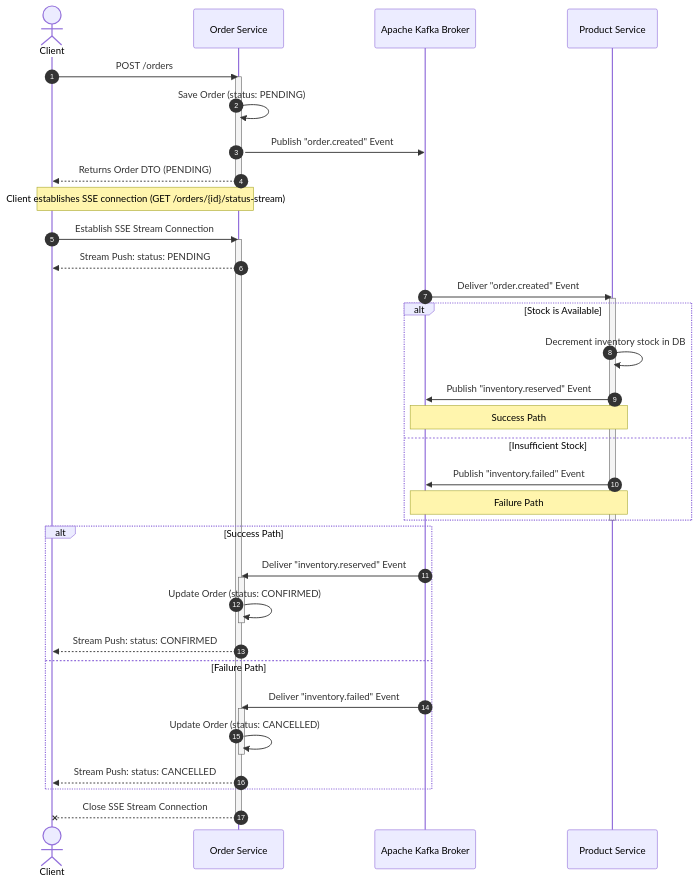
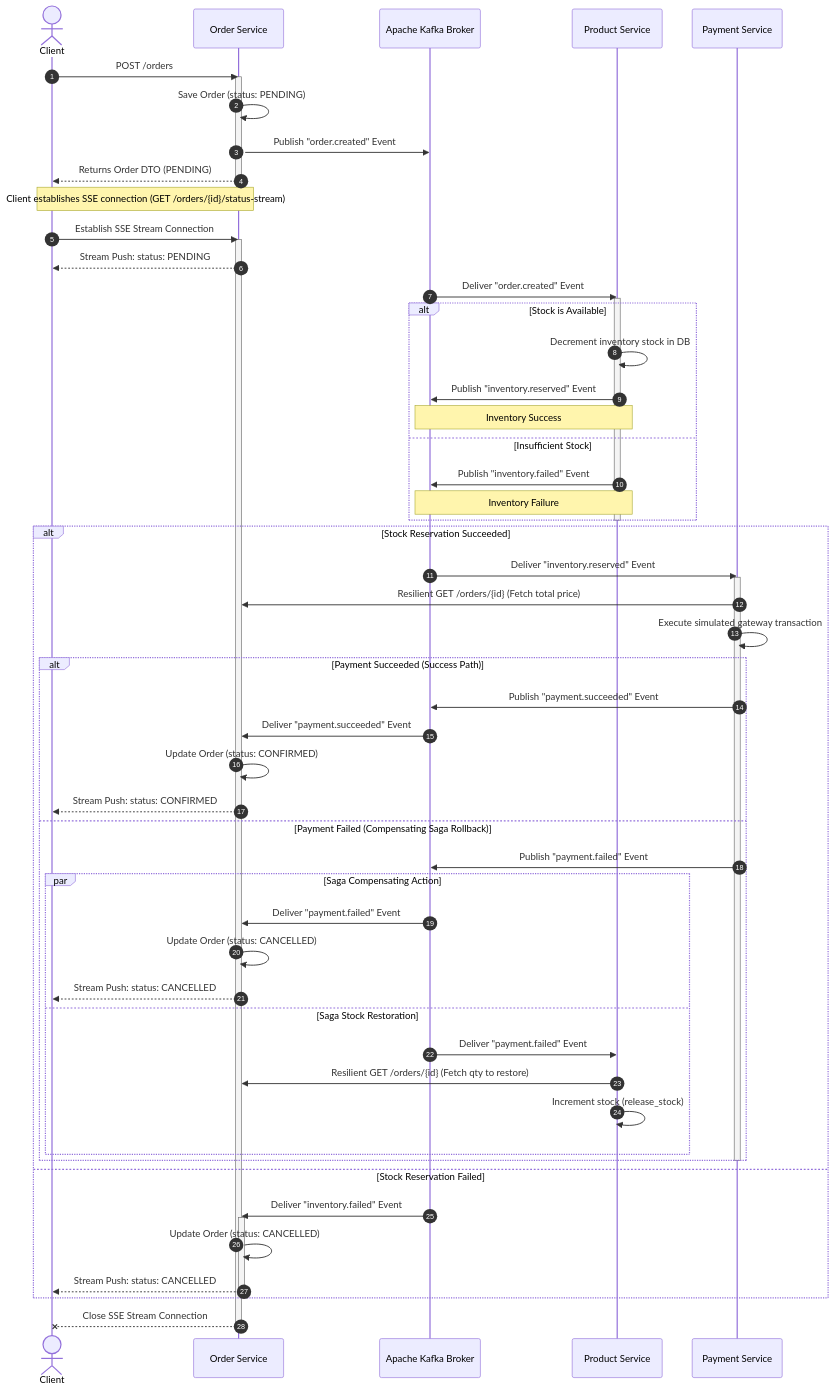
Before and after one commit to ahmadabd/system_design: the second of 2 diagrams in README.md, drawn with Mermaid. The commit also changed other lines of this file and 21 other files, not shown here.

Commit message:
Add payment service and inbox and outbox pattern to confirm each event process once

````diff
--- a/README.md
+++ b/README.md
@@ -149,49 +158,67 @@
 ```mermaid
 sequenceDiagram
     autonumber
     actor Client
     participant OrderService as Order Service
     participant Kafka as Apache Kafka Broker
     participant ProductService as Product Service
+    participant PaymentService as Payment Service
 
     Client->>OrderService: POST /orders
     activate OrderService
     OrderService->>OrderService: Save Order (status: PENDING)
     OrderService->>Kafka: Publish "order.created" Event
     OrderService-->>Client: Returns Order DTO (PENDING)
     deactivate OrderService
 
     Note over Client, OrderService: Client establishes SSE connection (GET /orders/{id}/status-stream)
     Client->>OrderService: Establish SSE Stream Connection
     activate OrderService
     OrderService-->>Client: Stream Push: status: PENDING
 
     Kafka->>ProductService: Deliver "order.created" Event
     activate ProductService
     alt Stock is Available
         ProductService->>ProductService: Decrement inventory stock in DB
         ProductService->>Kafka: Publish "inventory.reserved" Event
-        Note over ProductService, Kafka: Success Path
+        Note over ProductService, Kafka: Inventory Success
     else Insufficient Stock
         ProductService->>Kafka: Publish "inventory.failed" Event
-        Note over ProductService, Kafka: Failure Path
+        Note over ProductService, Kafka: Inventory Failure
     end
     deactivate ProductService
 
-    alt Success Path
-        Kafka->>OrderService: Deliver "inventory.reserved" Event
-        activate OrderService
-        OrderService->>OrderService: Update Order (status: CONFIRMED)
-        deactivate OrderService
-        OrderService-->>Client: Stream Push: status: CONFIRMED
-    else Failure Path
+    alt Stock Reservation Succeeded
+        Kafka->>PaymentService: Deliver "inventory.reserved" Event
+        activate PaymentService
+        PaymentService->>OrderService: Resilient GET /orders/{id} (Fetch total price)
+        PaymentService->>PaymentService: Execute simulated gateway transaction
+        alt Payment Succeeded (Success Path)
+            PaymentService->>Kafka: Publish "payment.succeeded" Event
+            Kafka->>OrderService: Deliver "payment.succeeded" Event
+            OrderService->>OrderService: Update Order (status: CONFIRMED)
+            OrderService-->>Client: Stream Push: status: CONFIRMED
+        else Payment Failed (Compensating Saga Rollback)
+            PaymentService->>Kafka: Publish "payment.failed" Event
+            par Saga Compensating Action
+                Kafka->>OrderService: Deliver "payment.failed" Event
+                OrderService->>OrderService: Update Order (status: CANCELLED)
+                OrderService-->>Client: Stream Push: status: CANCELLED
+            and Saga Stock Restoration
+                Kafka->>ProductService: Deliver "payment.failed" Event
+                ProductService->>OrderService: Resilient GET /orders/{id} (Fetch qty to restore)
+                ProductService->>ProductService: Increment stock (release_stock)
+            end
+        end
+        deactivate PaymentService
+    else Stock Reservation Failed
         Kafka->>OrderService: Deliver "inventory.failed" Event
         activate OrderService
         OrderService->>OrderService: Update Order (status: CANCELLED)
+        OrderService-->>Client: Stream Push: status: CANCELLED
         deactivate OrderService
-        OrderService-->>Client: Stream Push: status: CANCELLED
     end
     
     OrderService--xClient: Close SSE Stream Connection
     deactivate OrderService
 ```
````
